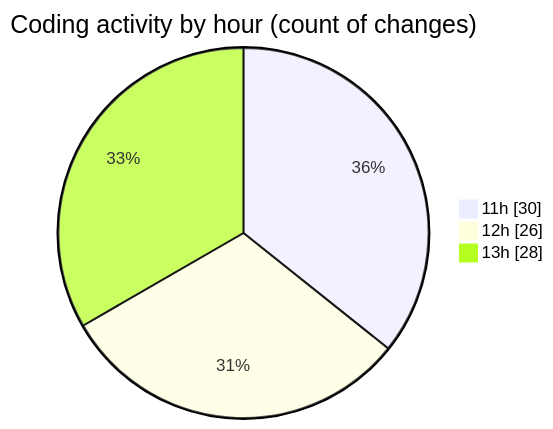
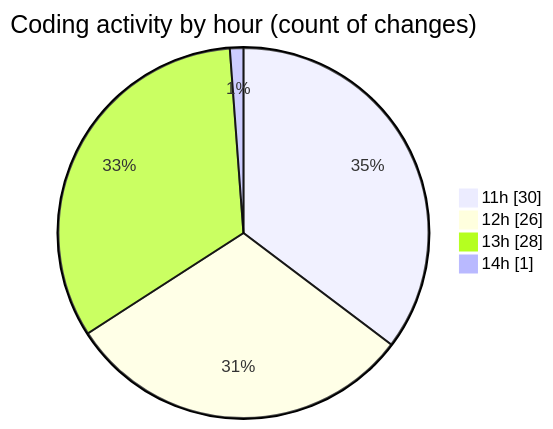
One commit to lephambinh05/code-tracking changed the second of 2 diagrams in 2025-08-25/studybuddy/README.md. Above: the diagram before and after it, drawn with Mermaid. The commit also changed other lines of this file and 1 other file, not shown here.

````diff
--- a/2025-08-25/studybuddy/README.md
+++ b/2025-08-25/studybuddy/README.md
@@ -59,7 +61,8 @@
 ```mermaid
 pie showData
 title Coding activity by hour (count of changes)
 "11h" : 30
 "12h" : 26
 "13h" : 28
+"14h" : 1
 ```
````
